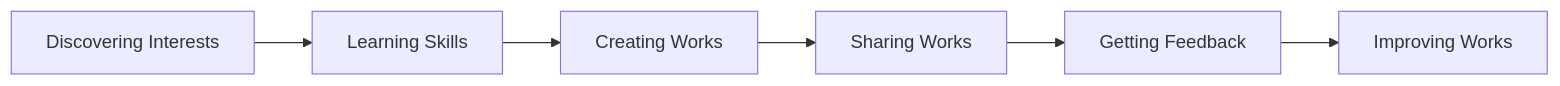
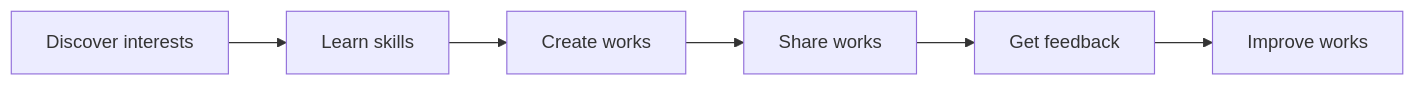
The diagram in src/content/posts/learning/2026-04-27-QjTpoz18tOg.en.md (a920604a/engineernews), drawn with Mermaid before and after one commit. The commit also changed other lines of this file and 49 other files, not shown here.

````diff
--- a/src/content/posts/learning/2026-04-27-QjTpoz18tOg.en.md
+++ b/src/content/posts/learning/2026-04-27-QjTpoz18tOg.en.md
@@ -29,8 +22,8 @@
 ```mermaid
 graph LR
-    A[Discovering Interests] --> B[Learning Skills]
-    B --> C[Creating Works]
-    C --> D[Sharing Works]
-    D --> E[Getting Feedback]
-    E --> F[Improving Works]
+    A[Discover interests] --> B[Learn skills]
+    B --> C[Create works]
+    C --> D[Share works]
+    D --> E[Get feedback]
+    E --> F[Improve works]
 ```
````
